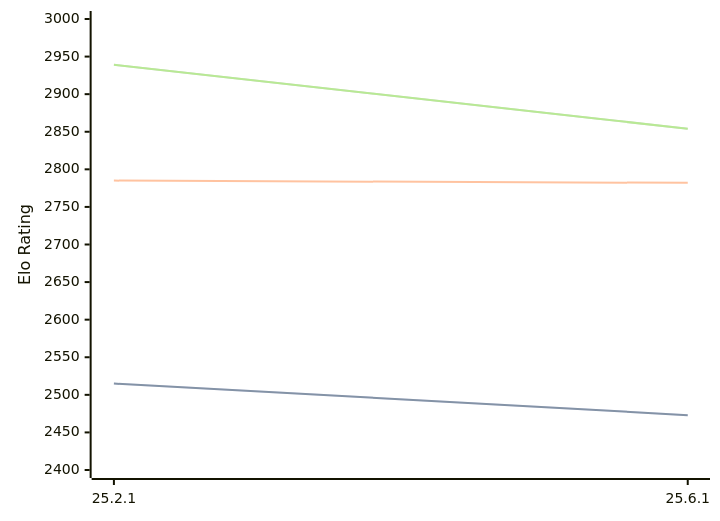
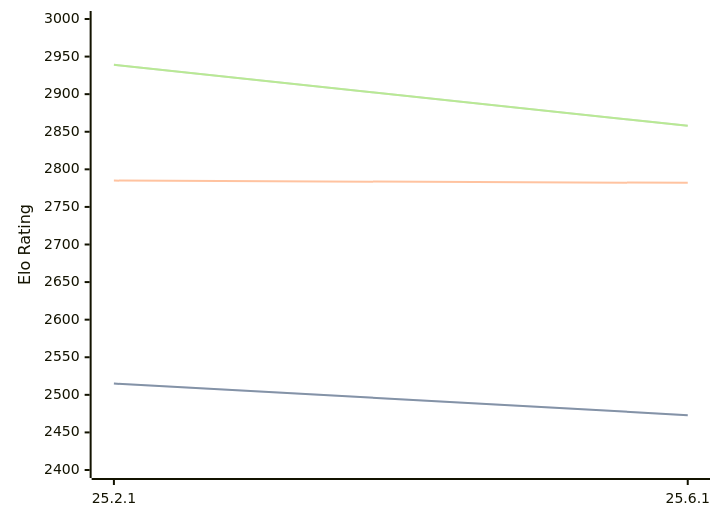
Before and after one commit to computer-chess-index/cci: the diagram in engines/Crafty.md, drawn with Mermaid. The commit also changed other lines of this file, not shown here.

Commit message:
Update CCI Ratings (ELO VLTC) - 2026-09-26

````diff
--- a/engines/Crafty.md
+++ b/engines/Crafty.md
@@ -32,11 +32,11 @@
 ```mermaid
 %%{init: {"theme":"base","themeVariables":{"seriesColors:['#a3a3a3','#222221','#faa371']}}}%%
 xychart-beta
   x-axis ["25.2.1", "25.6.1"]
   y-axis "Elo Rating" 2400 --> 3000
   line "" [2515, 2473]
   line "STC (8.0+0.08s)" [2515, 2473]
   line "LTC (60.0+0.60s)" [2785, 2782]
-  line "" [2939, 2854]
-  line "VLTC (2m24s+1.12s)" [2939, 2854]
+  line "" [2939, 2858]
+  line "VLTC (2m24s+1.12s)" [2939, 2858]
 ```
````
